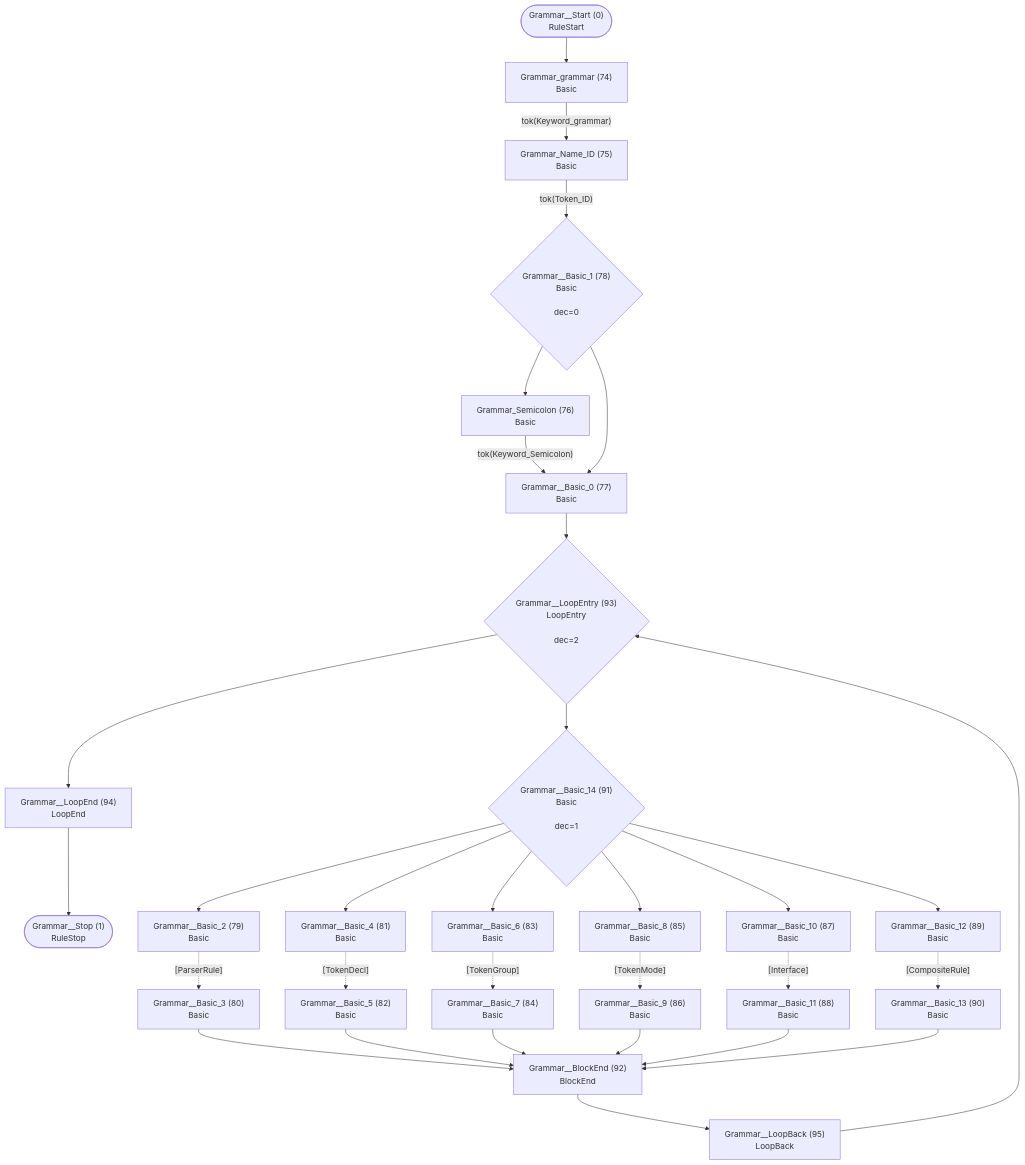
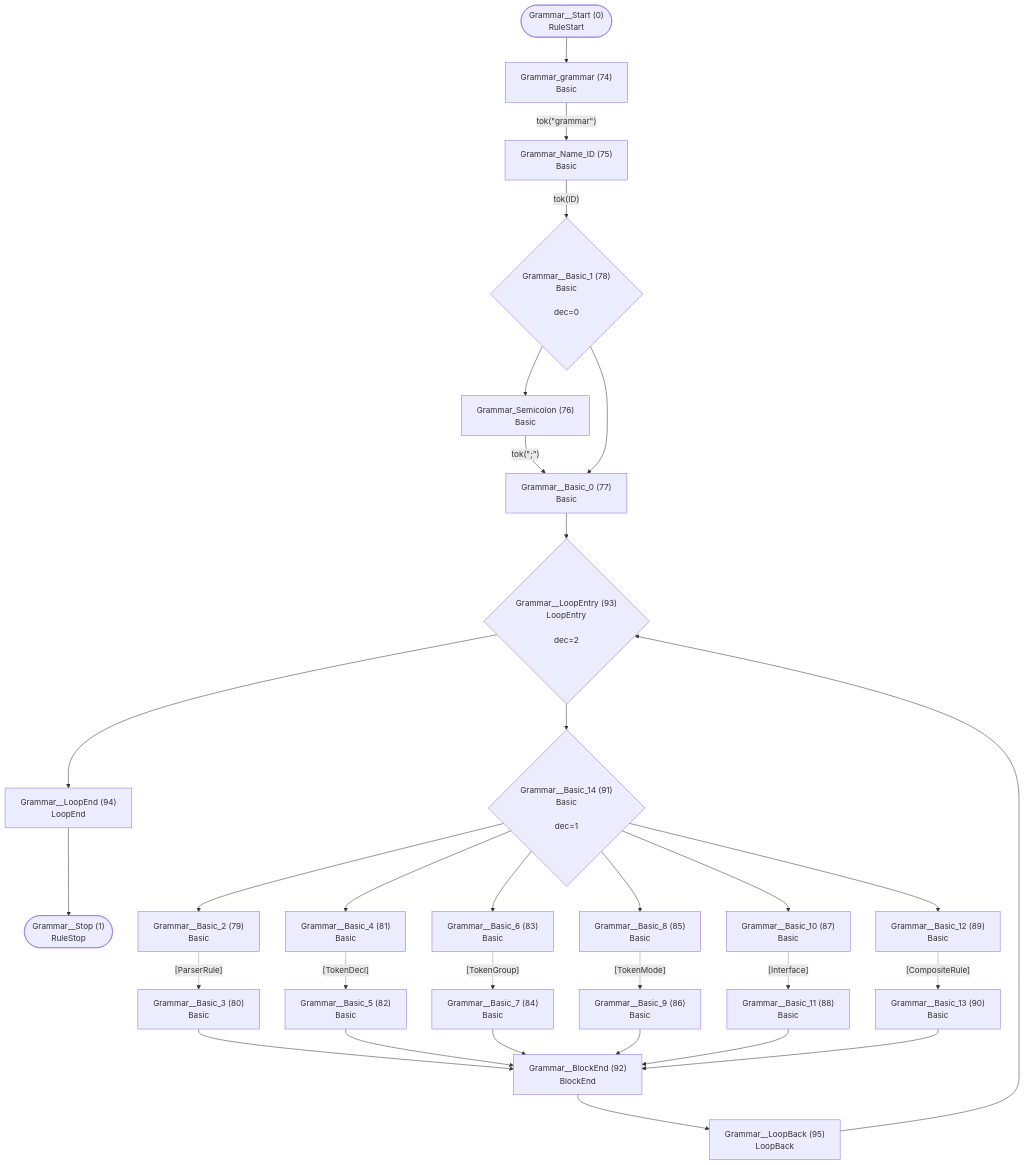
One commit to TypeFox/fastbelt changed the first of 37 diagrams in internal/grammar/atn.md. Above: the diagram before and after it, drawn with Mermaid. The commit also changed other lines of this file and 3 other files, not shown here.

````diff
--- a/internal/grammar/atn.md
+++ b/internal/grammar/atn.md
@@ -5,58 +5,58 @@
 ```mermaid
 flowchart TD
     q0(["Grammar__Start (0)<br/>RuleStart"])
     q1(["Grammar__Stop (1)<br/>RuleStop"])
     q74["Grammar_grammar (74)<br/>Basic<br/>"]
     q75["Grammar_Name_ID (75)<br/>Basic<br/>"]
     q76["Grammar_Semicolon (76)<br/>Basic<br/>"]
     q77["Grammar__Basic_0 (77)<br/>Basic<br/>"]
     q78{"Grammar__Basic_1 (78)<br/>Basic<br/><br/>dec=0"}
     q79["Grammar__Basic_2 (79)<br/>Basic<br/>"]
     q80["Grammar__Basic_3 (80)<br/>Basic<br/>"]
     q81["Grammar__Basic_4 (81)<br/>Basic<br/>"]
     q82["Grammar__Basic_5 (82)<br/>Basic<br/>"]
     q83["Grammar__Basic_6 (83)<br/>Basic<br/>"]
     q84["Grammar__Basic_7 (84)<br/>Basic<br/>"]
     q85["Grammar__Basic_8 (85)<br/>Basic<br/>"]
     q86["Grammar__Basic_9 (86)<br/>Basic<br/>"]
     q87["Grammar__Basic_10 (87)<br/>Basic<br/>"]
     q88["Grammar__Basic_11 (88)<br/>Basic<br/>"]
     q89["Grammar__Basic_12 (89)<br/>Basic<br/>"]
     q90["Grammar__Basic_13 (90)<br/>Basic<br/>"]
     q91{"Grammar__Basic_14 (91)<br/>Basic<br/><br/>dec=1"}
     q92["Grammar__BlockEnd (92)<br/>BlockEnd<br/>"]
     q93{"Grammar__LoopEntry (93)<br/>LoopEntry<br/><br/>dec=2"}
     q94["Grammar__LoopEnd (94)<br/>LoopEnd<br/>"]
     q95["Grammar__LoopBack (95)<br/>LoopBack<br/>"]
 
     q0 --> q74
-    q74 -->|"tok(Keyword_grammar)"| q75
-    q75 -->|"tok(Token_ID)"| q78
-    q76 -->|"tok(Keyword_Semicolon)"| q77
+    q74 -->|"tok(&quot;grammar&quot;)"| q75
+    q75 -->|"tok(ID)"| q78
+    q76 -->|"tok(&quot;;&quot;)"| q77
     q77 --> q93
     q78 --> q76
     q78 --> q77
     q79 -.->|"[ParserRule]"| q80
     q80 --> q92
     q81 -.->|"[TokenDecl]"| q82
     q82 --> q92
     q83 -.->|"[TokenGroup]"| q84
     q84 --> q92
     q85 -.->|"[TokenMode]"| q86
     q86 --> q92
     q87 -.->|"[Interface]"| q88
     q88 --> q92
     q89 -.->|"[CompositeRule]"| q90
     q90 --> q92
     q91 --> q79
     q91 --> q81
     q91 --> q83
     q91 --> q85
     q91 --> q87
     q91 --> q89
     q92 --> q95
     q93 --> q91
     q93 --> q94
     q94 --> q1
     q95 --> q93
 ```
````
